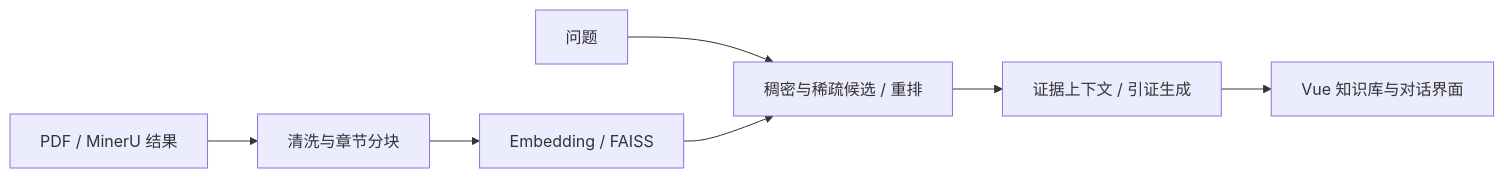
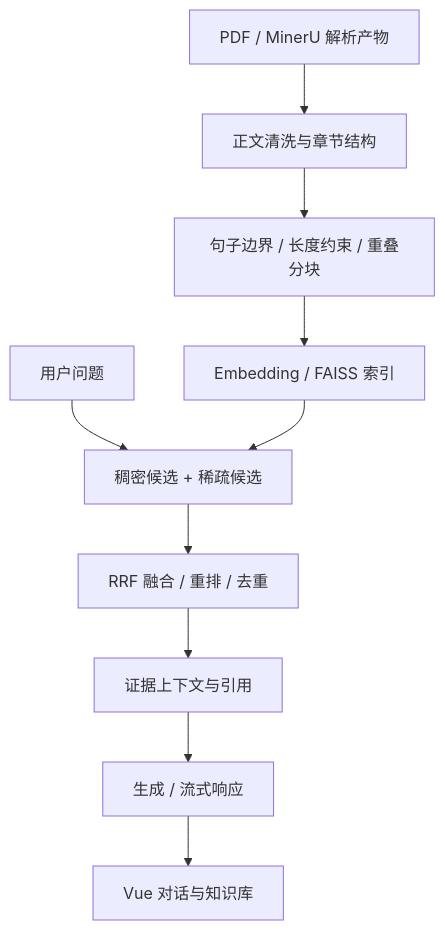
Before and after one commit to casset23/assistgen: the diagram in README.md, drawn with Mermaid. The commit also changed other lines of this file and 53 other files, not shown here.

````diff
--- a/README.md
+++ b/README.md
@@ -15,9 +75,12 @@
 ```mermaid
-flowchart LR
-  A[PDF / MinerU 结果] --> B[清洗与章节分块]
-  B --> C[Embedding / FAISS]
-  Q[问题] --> D[稠密与稀疏候选 / 重排]
-  C --> D
-  D --> E[证据上下文 / 引证生成]
-  E --> F[Vue 知识库与对话界面]
+flowchart TD
+  A[PDF / MinerU 解析产物] --> B[正文清洗与章节结构]
+  B --> C[句子边界 / 长度约束 / 重叠分块]
+  C --> D[Embedding / FAISS 索引]
+  Q[用户问题] --> E[稠密候选 + 稀疏候选]
+  D --> E
+  E --> F[RRF 融合 / 重排 / 去重]
+  F --> G[证据上下文与引用]
+  G --> H[生成 / 流式响应]
+  H --> I[Vue 对话与知识库]
 ```
````
